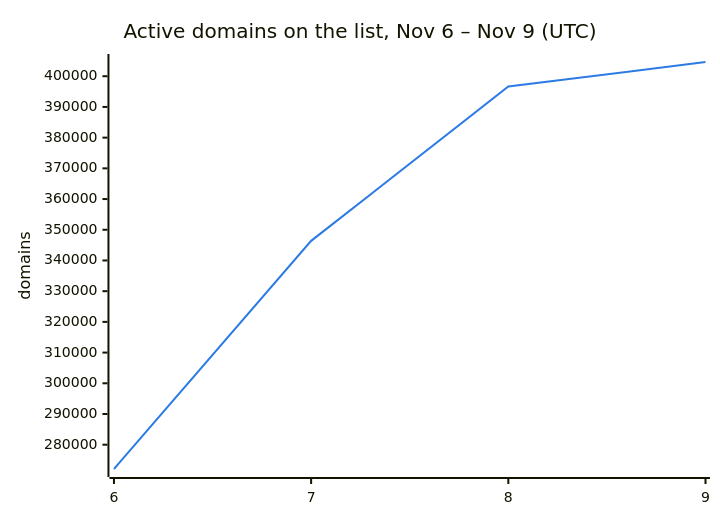
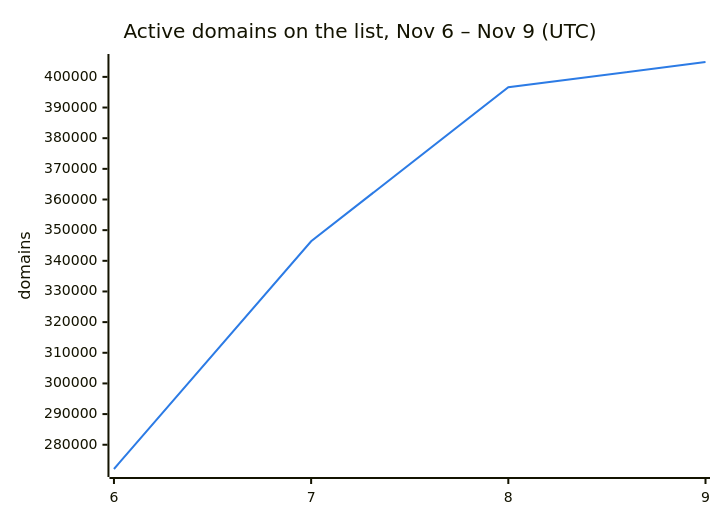
The second of 3 diagrams in README.md (DNSBunker/CTI), drawn with Mermaid before and after one commit. The commit also changed other lines of this file and 3 other files, not shown here.

````diff
--- a/README.md
+++ b/README.md
@@ -38,8 +38,8 @@
 ```mermaid
 %%{init: {"themeVariables": {"xyChart": {"plotColorPalette": "#2c7be5"}}}}%%
 xychart-beta
     title "Active domains on the list, Nov 6 – Nov 9 (UTC)"
     x-axis ["6", "7", "8", "9"]
     y-axis "domains"
-    line [272088, 346388, 396638, 404632]
+    line [272088, 346388, 396638, 404854]
 ```
````
